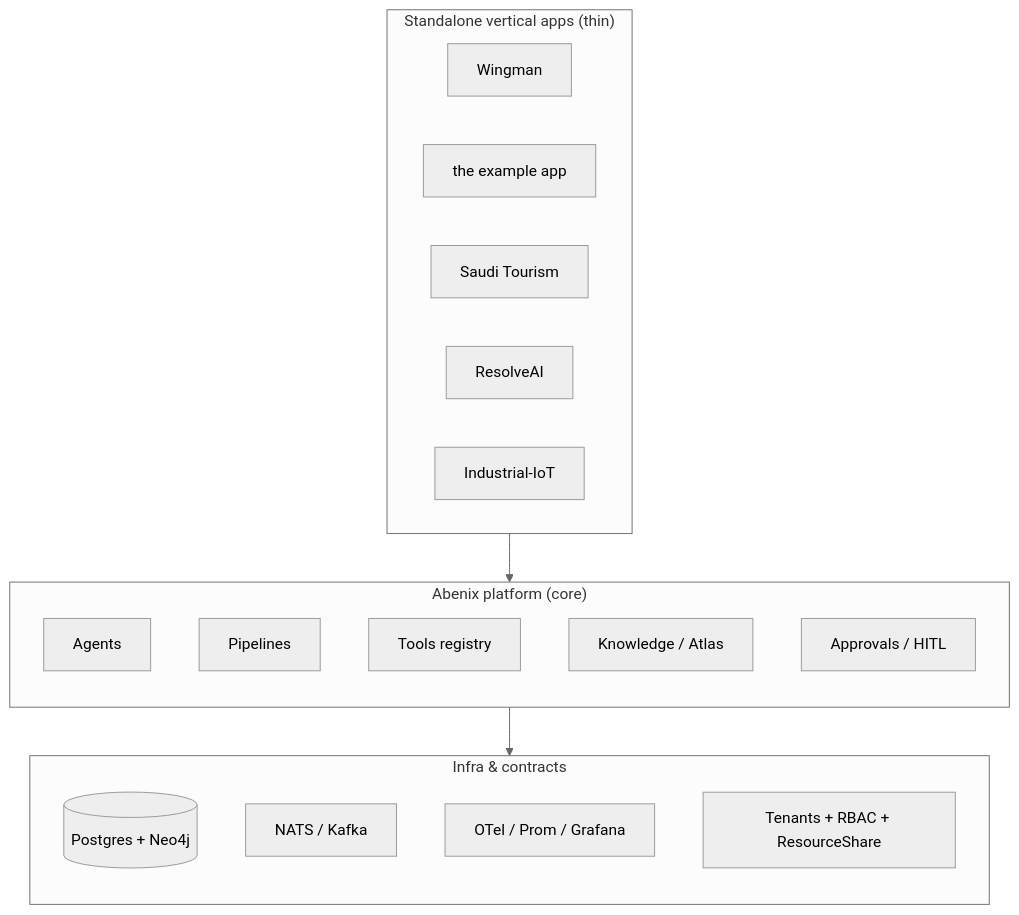
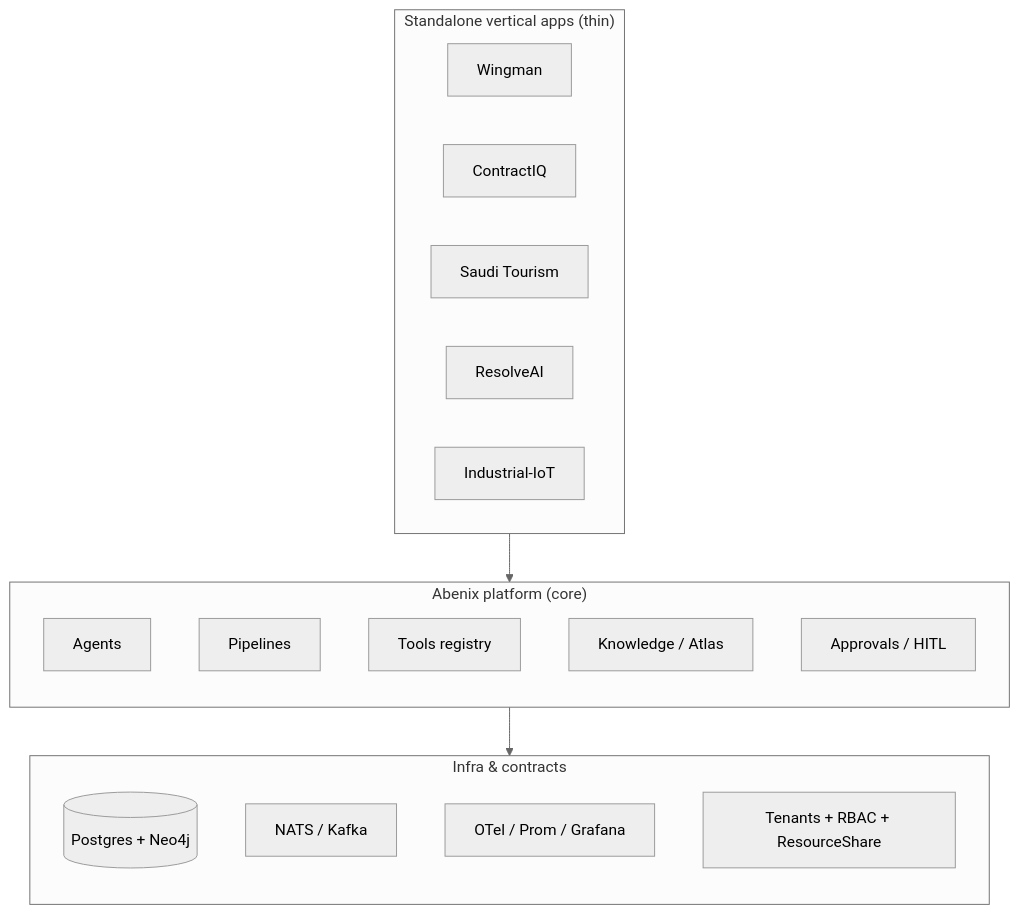
Before and after one commit to sarkar4777/abenix: the first of 2 diagrams in docs/01-architecture/00-overview.md, drawn with Mermaid (neutral theme). The commit also changed other lines of this file and 269 other files, not shown here.

````diff
--- a/docs/01-architecture/00-overview.md
+++ b/docs/01-architecture/00-overview.md
@@ -15,30 +15,30 @@
 ```mermaid
 flowchart TB
   subgraph PERIPHERY["Standalone vertical apps (thin)"]
     W[Wingman]
-    C[the example app]
+    C[ContractIQ]
     S[Saudi Tourism]
     R[ResolveAI]
     I[Industrial-IoT]
   end
 
   subgraph PLATFORM["Abenix platform (core)"]
     direction TB
     A[Agents]
     P[Pipelines]
     T[Tools registry]
     K[Knowledge / Atlas]
     AP[Approvals / HITL]
   end
 
   subgraph FOUNDATION["Infra & contracts"]
     direction TB
     DB[(Postgres + Neo4j)]
     Q[NATS / Kafka]
     OBS[OTel / Prom / Grafana]
     RBAC[Tenants + RBAC + ResourceShare]
   end
 
   PERIPHERY --> PLATFORM
   PLATFORM --> FOUNDATION
 ```
````
